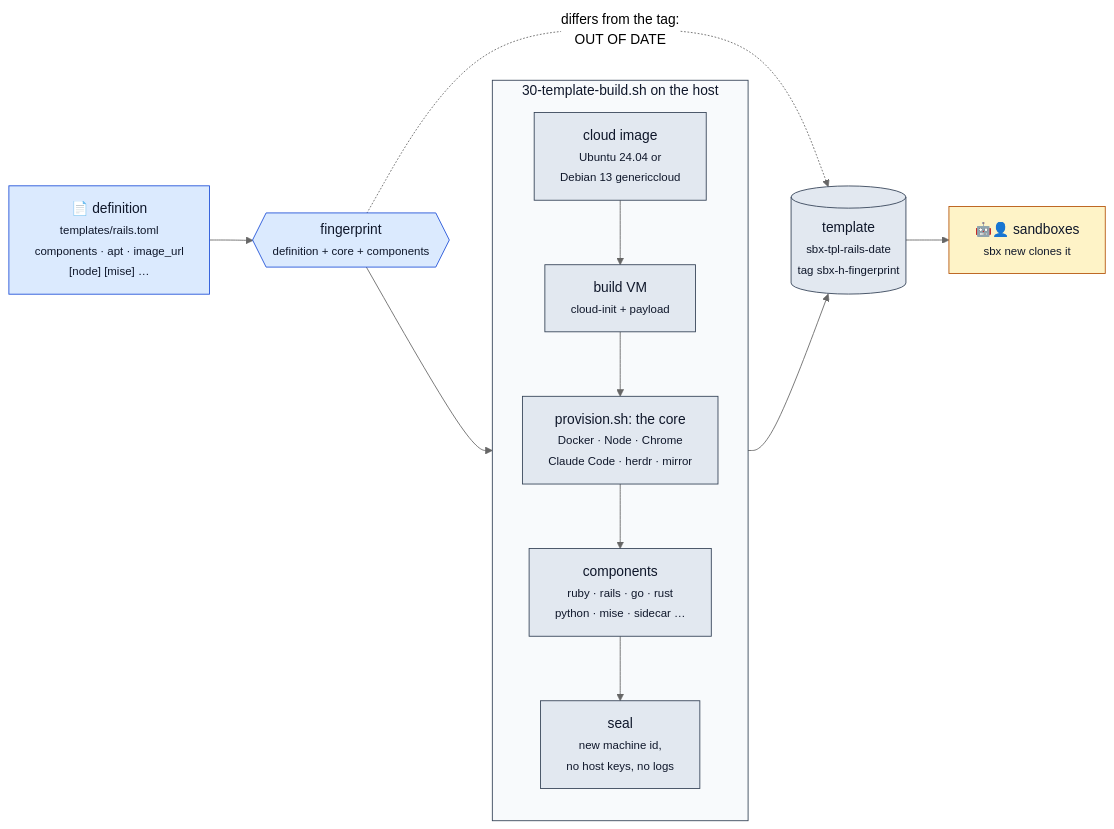
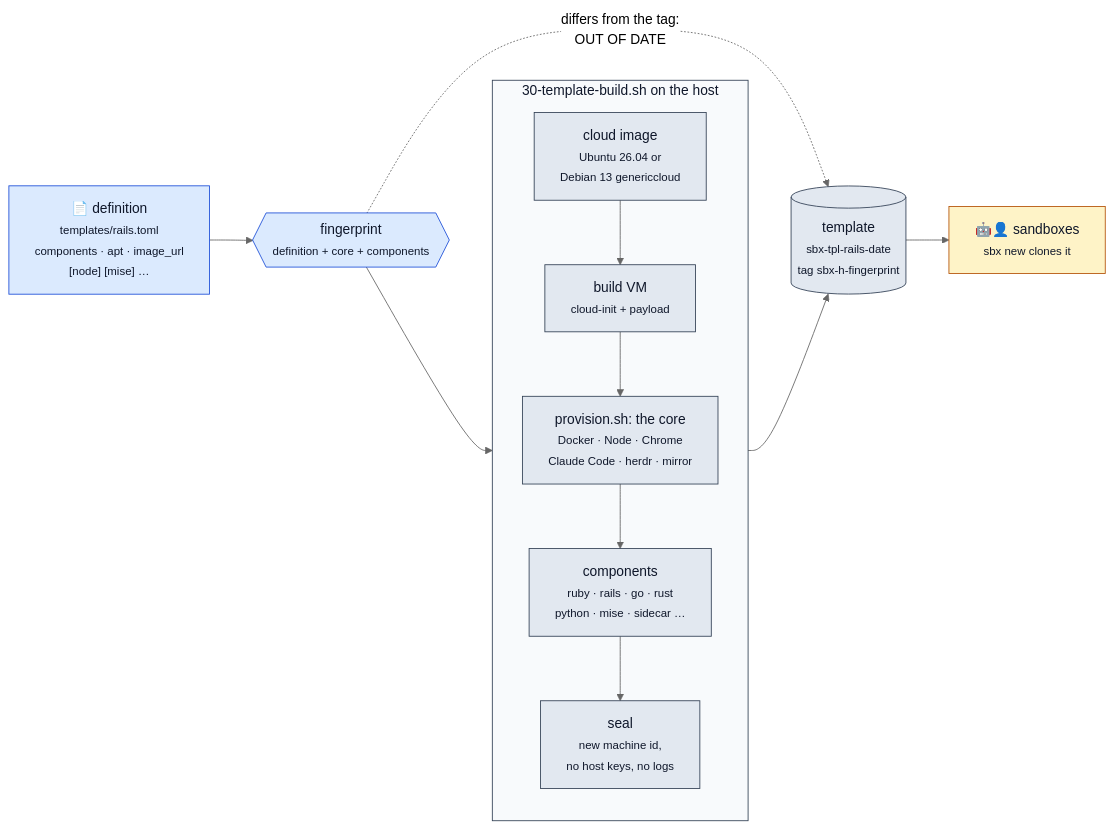
One commit to Tresky/agent-sbx changed the diagram in docs/templates.md. Above: the diagram before and after it, drawn with Mermaid (neutral theme). The commit also changed other lines of this file and 9 other files, not shown here.

First line of the commit message:
Use Ubuntu 26.04 as the default template image

````diff
--- a/docs/templates.md
+++ b/docs/templates.md
@@ -11,26 +11,26 @@
 ```mermaid
 flowchart LR
     def["📄 definition<br/><small>templates/rails.toml<br/>components · apt · image_url<br/>[node] [mise] …</small>"]
     fp{{"fingerprint<br/><small>definition + core + components</small>"}}
     subgraph build["30-template-build.sh on the host"]
         direction TB
-        img["cloud image<br/><small>Ubuntu 24.04 or<br/>Debian 13 genericcloud</small>"]
+        img["cloud image<br/><small>Ubuntu 26.04 or<br/>Debian 13 genericcloud</small>"]
         vm["build VM<br/><small>cloud-init + payload</small>"]
         core["provision.sh: the core<br/><small>Docker · Node · Chrome<br/>Claude Code · herdr · mirror</small>"]
         comps["components<br/><small>ruby · rails · go · rust<br/>python · mise · sidecar …</small>"]
         seal["seal<br/><small>new machine id,<br/>no host keys, no logs</small>"]
         img --> vm --> core --> comps --> seal
     end
     tpl[("template<br/><small>sbx-tpl-rails-date<br/>tag sbx-h-fingerprint</small>")]
     sb["🤖👤 sandboxes<br/><small>sbx new clones it</small>"]
     def --> fp --> build --> tpl --> sb
     fp -. "differs from the tag:<br/>OUT OF DATE" .-> tpl
 
     classDef infra fill:#e2e8f0,stroke:#334155,color:#0f172a
     classDef mine fill:#dbeafe,stroke:#1d4ed8,color:#0f172a
     classDef untrusted fill:#fef3c7,stroke:#b45309,color:#0f172a
     class def,fp mine
     class img,vm,core,comps,seal,tpl infra
     class sb untrusted
     style build fill:#f8fafc,stroke:#334155,color:#0f172a
 ```
````
